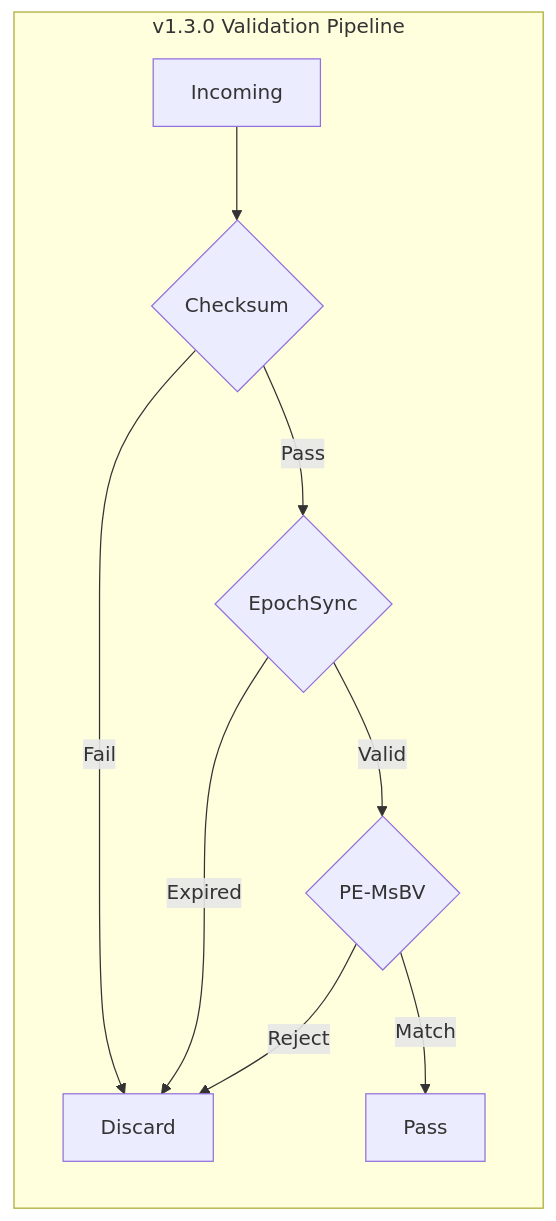
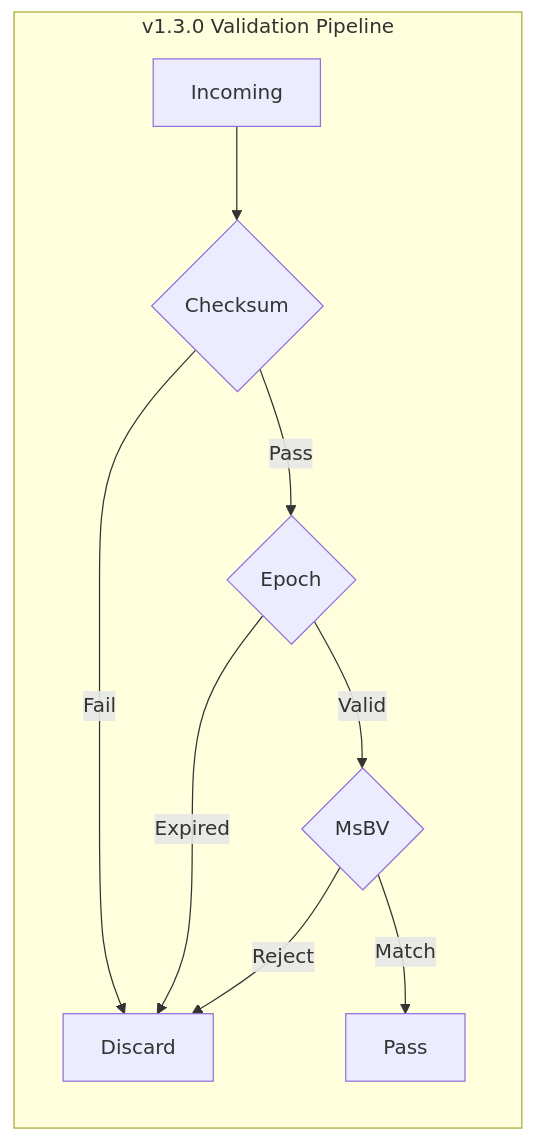
One commit to joy7758/pFDO-Specification changed the diagram in docs/White_Paper.md. Above: the diagram before and after it, drawn with Mermaid. The commit also changed other lines of this file and 13 other files, not shown here.

````diff
--- a/docs/White_Paper.md
+++ b/docs/White_Paper.md
@@ -64,12 +53,12 @@
 ```mermaid
 flowchart LR
     subgraph Pipeline["v1.3.0 Validation Pipeline"]
     A[Incoming] --> B{Checksum}
-    B -- Pass --> C{EpochSync}
+    B -- Pass --> C{Epoch}
     B -- Fail --> F[Discard]
-    C -- Valid --> D{PE-MsBV}
+    C -- Valid --> D{MsBV}
     C -- Expired --> F
     D -- Match --> E[Pass]
     D -- Reject --> F
     end
 ```
````
